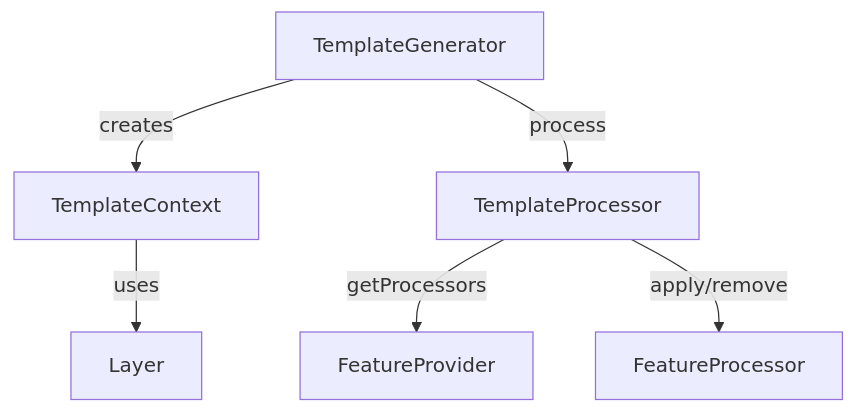
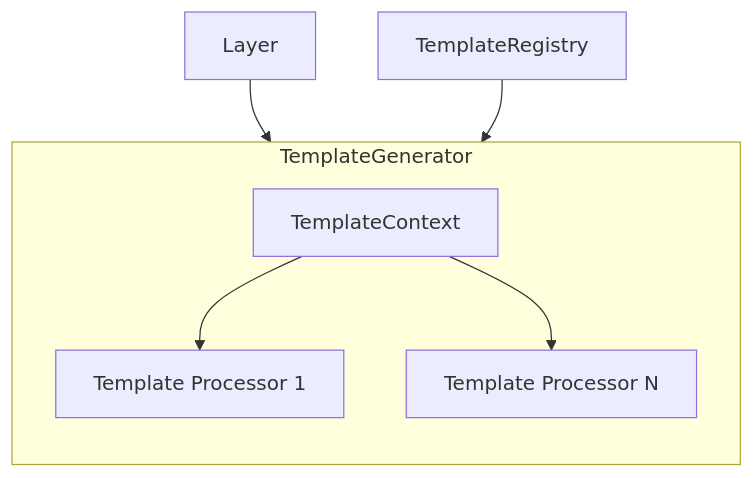
Before and after one commit to kotlitecture/kotli-engine: the fourth of 8 diagrams in README.md, drawn with Mermaid. The commit also changed other lines of this file and 6 other files, not shown here.

````diff
--- a/README.md
+++ b/README.md
@@ -79,15 +124,16 @@
 ```mermaid
 graph TD
-   class TemplateGenerator abstract
-   class TemplateProcessor abstract
-   class FeatureProcessor abstract
-   class FeatureProvider abstract
-   class TemplateContext abstract
    class Layer abstract
+   class TemplateRegistry abstract
+   subgraph TemplateGenerator
+       direction TB
+       TemplateContext
+       TP1["Template Processor 1"]
+       TPN["Template Processor N"]
+       TemplateContext --> TP1
+       TemplateContext --> TPN
+   end
 
-   TemplateGenerator --> |creates|TemplateContext
-   TemplateGenerator --> |process|TemplateProcessor
-   TemplateProcessor --> |getProcessors|FeatureProvider
-   TemplateProcessor --> |apply/remove|FeatureProcessor
-   TemplateContext --> |uses|Layer
+   Layer --> TemplateGenerator
+   TemplateRegistry --> TemplateGenerator
 ```
````
